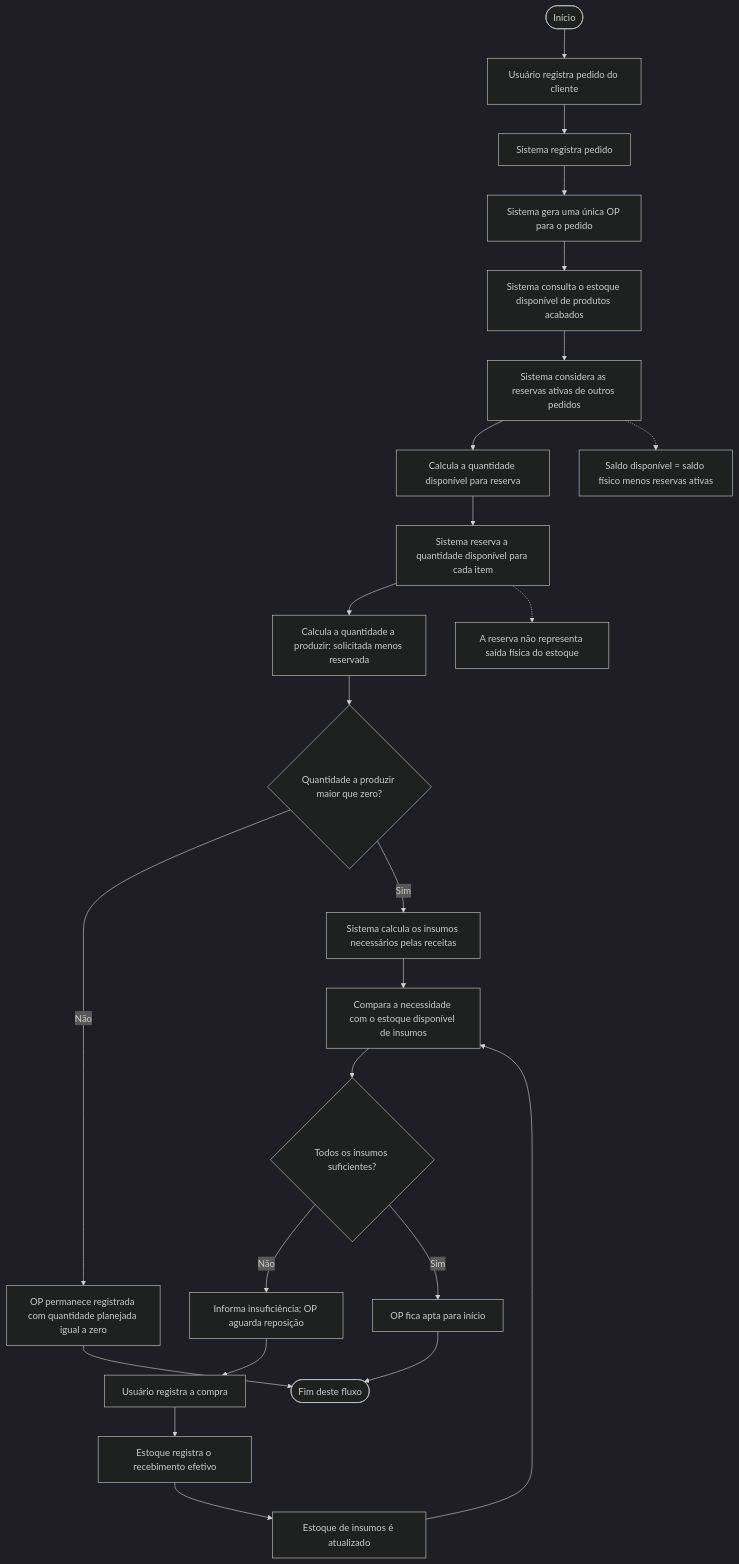
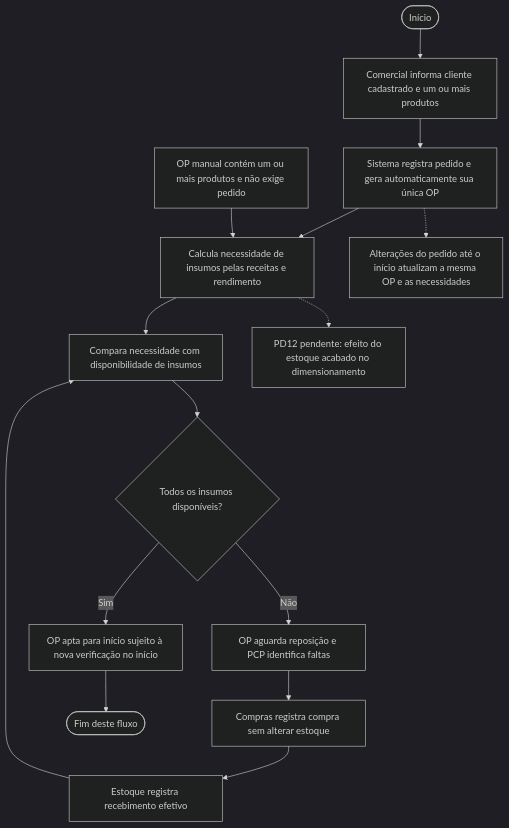
The diagram in docs/03-modelagem/atividades/atividade-pedido-producao.mmd (edumoreira7/TCC---Gestao-Integrada), drawn with Mermaid (dark theme) before and after one commit. The commit also changed 13 other files, not shown here.

```diff
--- a/docs/03-modelagem/atividades/atividade-pedido-producao.mmd
+++ b/docs/03-modelagem/atividades/atividade-pedido-producao.mmd
@@ -1,29 +1,15 @@
 flowchart TD
-    A([Início]) --> B[Usuário registra pedido do cliente]
-    B --> C[Sistema registra pedido]
-    C --> D[Sistema gera uma única OP para o pedido]
-    D --> E[Sistema consulta o estoque disponível de produtos acabados]
-    E --> F[Sistema considera as reservas ativas de outros pedidos]
-    F --> G[Calcula a quantidade disponível para reserva]
-    G --> H[Sistema reserva a quantidade disponível para cada item]
-    H --> I[Calcula a quantidade a produzir: solicitada menos reservada]
-    I --> J{Quantidade a produzir maior que zero?}
-
-    J -- Não --> K[OP permanece registrada com quantidade planejada igual a zero]
-    J -- Sim --> L[Sistema calcula os insumos necessários pelas receitas]
-    L --> M[Compara a necessidade com o estoque disponível de insumos]
-    M --> N{Todos os insumos suficientes?}
-
-    N -- Não --> O[Informa insuficiência; OP aguarda reposição]
-    O --> P[Usuário registra a compra]
-    P --> Q[Estoque registra o recebimento efetivo]
-    Q --> R[Estoque de insumos é atualizado]
-    R --> M
-
-    N -- Sim --> S[OP fica apta para início]
-
-    K --> T([Fim deste fluxo])
-    S --> T
-
-    H -.-> U[A reserva não representa saída física do estoque]
-    F -.-> V[Saldo disponível = saldo físico menos reservas ativas]
+    A([Início]) --> B[Comercial informa cliente cadastrado e um ou mais produtos]
+    B --> C[Sistema registra pedido e gera automaticamente sua única OP]
+    C --> D[Calcula necessidade de insumos pelas receitas e rendimento]
+    D --> E[Compara necessidade com disponibilidade de insumos]
+    E --> F{Todos os insumos disponíveis?}
+    F -- Não --> G[OP aguarda reposição e PCP identifica faltas]
+    G --> H[Compras registra compra sem alterar estoque]
+    H --> I[Estoque registra recebimento efetivo]
+    I --> E
+    F -- Sim --> J[OP apta para início sujeito à nova verificação no início]
+    J --> K([Fim deste fluxo])
+    C -.-> L[Alterações do pedido até o início atualizam a mesma OP e as necessidades]
+    D -.-> M[PD12 pendente: efeito do estoque acabado no dimensionamento]
+    N[OP manual contém um ou mais produtos e não exige pedido] --> D
```
